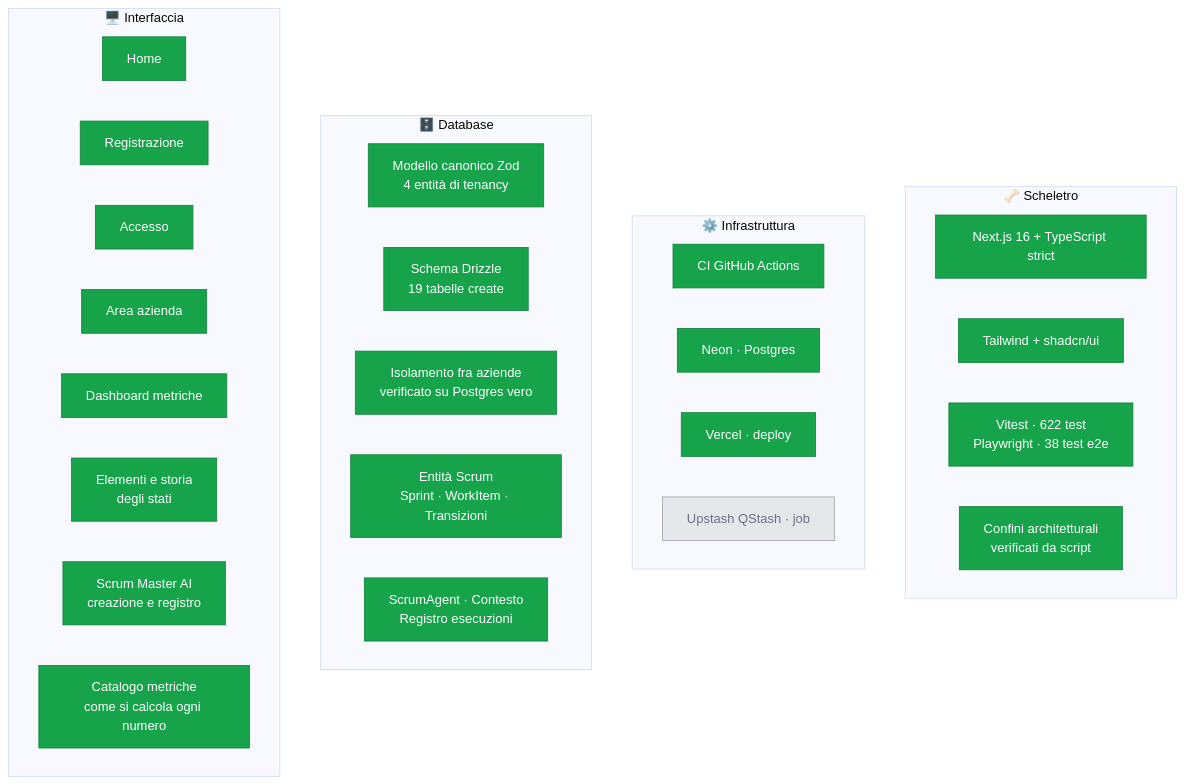
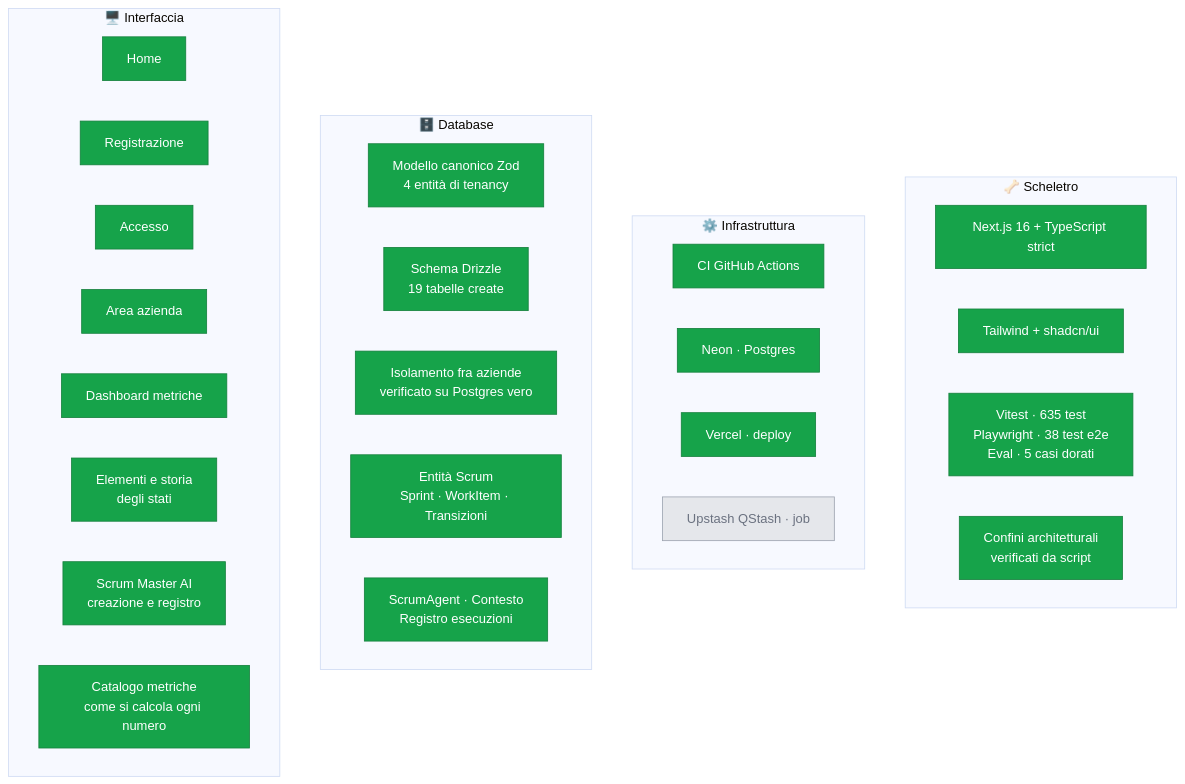
One commit to dibari62/scrum-master-ai changed the first of 3 diagrams in docs/stato-progetto.md. Above: the diagram before and after it, drawn with Mermaid (base theme). The commit also changed other lines of this file and 5 other files, not shown here.

````diff
--- a/docs/stato-progetto.md
+++ b/docs/stato-progetto.md
@@ -13,45 +13,45 @@
 ```mermaid
 graph TB
     subgraph SCH["🦴 Scheletro"]
         S1["Next.js 16 + TypeScript strict"]
         S2["Tailwind + shadcn/ui"]
-        S3["Vitest · 622 test<br/>Playwright · 38 test e2e"]
+        S3["Vitest · 635 test<br/>Playwright · 38 test e2e<br/>Eval · 5 casi dorati"]
         S4["Confini architetturali<br/>verificati da script"]
     end
 
     subgraph INF["⚙️ Infrastruttura"]
         I1["CI GitHub Actions"]
         I2["Neon · Postgres"]
         I3["Vercel · deploy"]
         I4["Upstash QStash · job"]
     end
 
     subgraph DB["🗄️ Database"]
         D1["Modello canonico Zod<br/>4 entità di tenancy"]
         D2["Schema Drizzle<br/>19 tabelle create"]
         D3["Isolamento fra aziende<br/>verificato su Postgres vero"]
         D4["Entità Scrum<br/>Sprint · WorkItem · Transizioni"]
         D5["ScrumAgent · Contesto<br/>Registro esecuzioni"]
     end
 
     subgraph UI["🖥️ Interfaccia"]
         U1["Home"]
         U2["Registrazione"]
         U3["Accesso"]
         U4["Area azienda"]
         U5["Dashboard metriche"]
         U7["Elementi e storia<br/>degli stati"]
         U6["Scrum Master AI<br/>creazione e registro"]
         U8["Catalogo metriche<br/>come si calcola ogni numero"]
     end
 
     classDef fatto fill:#16a34a,stroke:#15803d,color:#fff
     classDef corso fill:#eab308,stroke:#ca8a04,color:#000
     classDef todo fill:#e5e7eb,stroke:#9ca3af,color:#6b7280
 
     class S1,S2,S3,S4 fatto
     class I1,I2,I3 fatto
     class I4 todo
     class D1,D2,D3,D4,D5 fatto
     class U1,U2,U3,U4,U5,U6,U7,U8 fatto
 ```
````
